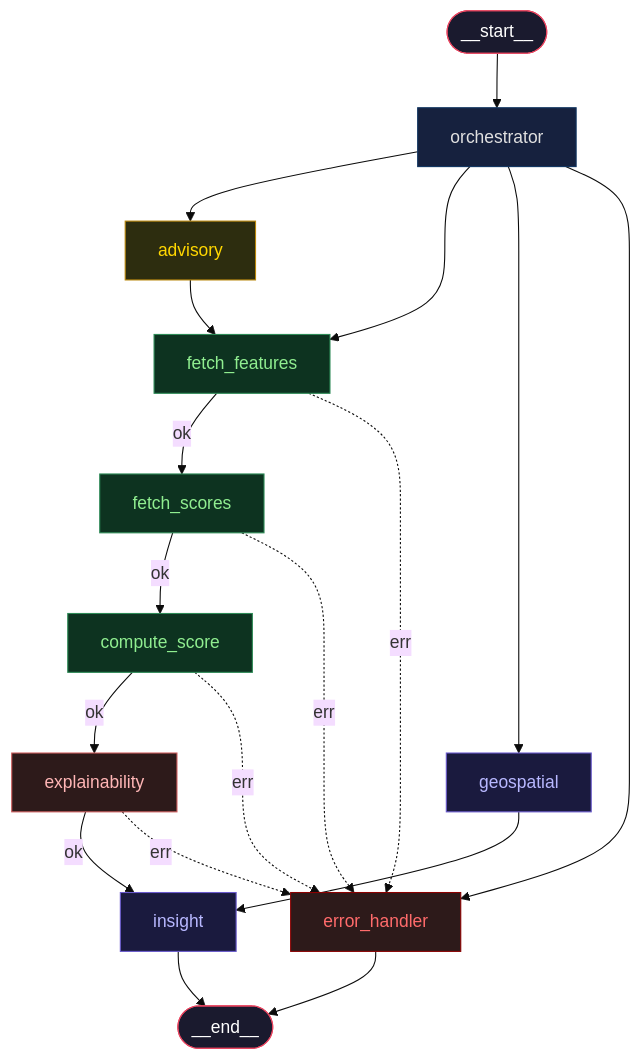
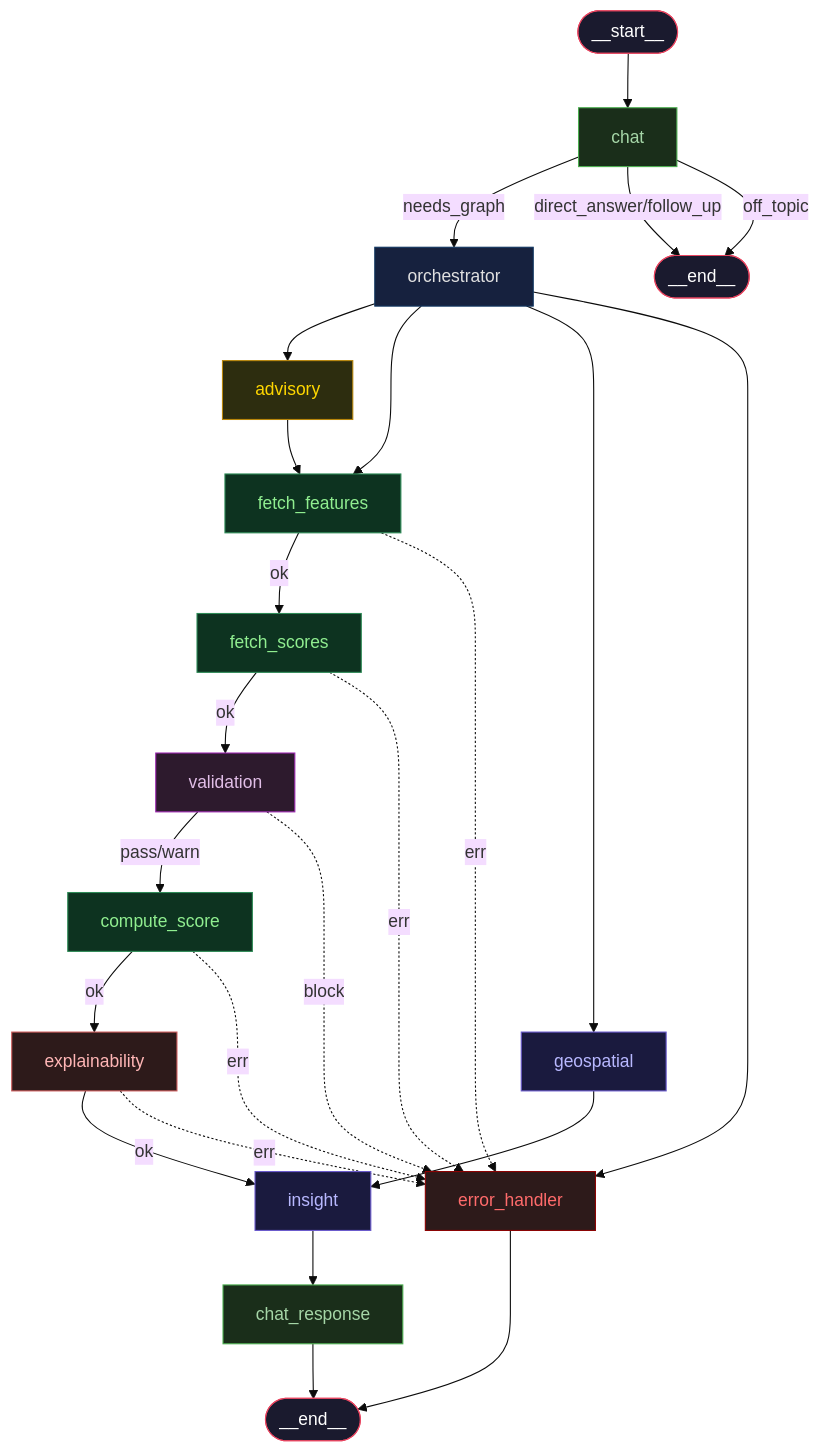
The second of 3 diagrams in README.md (code-YK/geospatial_analyzer), drawn with Mermaid (base theme) before and after one commit. The commit also changed other lines of this file and 1 other file, not shown here.

````diff
--- a/README.md
+++ b/README.md
@@ -113,40 +135,52 @@
 ```mermaid
 flowchart TD
-    START(["__start__"]) --> orchestrator
+    START(["__start__"]) --> chat
+
+    chat --> |needs_graph| orchestrator
+    chat --> |direct_answer/follow_up| END_DIRECT(["__end__"])
+    chat --> |off_topic| END_DIRECT
 
     orchestrator --> advisory
     orchestrator --> fetch_features
     orchestrator --> geospatial
     orchestrator --> error_handler
 
     advisory --> fetch_features
 
     fetch_features -->|ok| fetch_scores
     fetch_features -.->|err| error_handler
 
-    fetch_scores -->|ok| compute_score
+    fetch_scores -->|ok| validation
     fetch_scores -.->|err| error_handler
+
+    validation -->|pass/warn| compute_score
+    validation -.->|block| error_handler
 
     compute_score -->|ok| explainability
     compute_score -.->|err| error_handler
 
     explainability -->|ok| insight
     explainability -.->|err| error_handler
 
     geospatial --> insight
 
-    insight --> END(["__end__"])
+    insight --> chat_response
+    chat_response --> END(["__end__"])
     error_handler --> END
 
     style START fill:#1a1a2e,stroke:#e94560,color:#fff
     style END fill:#1a1a2e,stroke:#e94560,color:#fff
+    style END_DIRECT fill:#1a1a2e,stroke:#e94560,color:#fff
+    style chat fill:#1a2e1a,stroke:#4CAF50,color:#a5d6a7
     style orchestrator fill:#16213e,stroke:#0f3460,color:#e0e0e0
     style advisory fill:#2d2d0f,stroke:#b8860b,color:#ffd700
     style fetch_features fill:#0d3320,stroke:#2e8b57,color:#90ee90
     style fetch_scores fill:#0d3320,stroke:#2e8b57,color:#90ee90
+    style validation fill:#2d1a2d,stroke:#9C27B0,color:#E1BEE7
     style compute_score fill:#0d3320,stroke:#2e8b57,color:#90ee90
     style geospatial fill:#1a1a3e,stroke:#6a5acd,color:#b8b8ff
     style explainability fill:#2d1a1a,stroke:#cd5c5c,color:#ffb6b6
     style insight fill:#1a1a3e,stroke:#6a5acd,color:#b8b8ff
+    style chat_response fill:#1a2e1a,stroke:#4CAF50,color:#a5d6a7
     style error_handler fill:#2d1a1a,stroke:#8b0000,color:#ff6b6b
 ```
````
